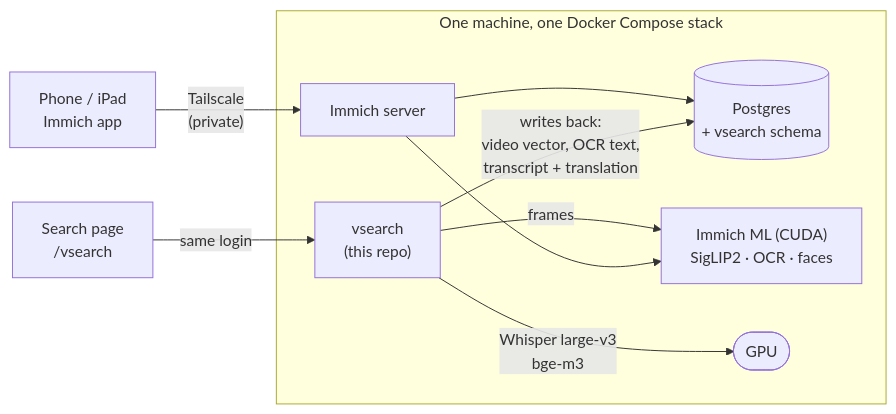
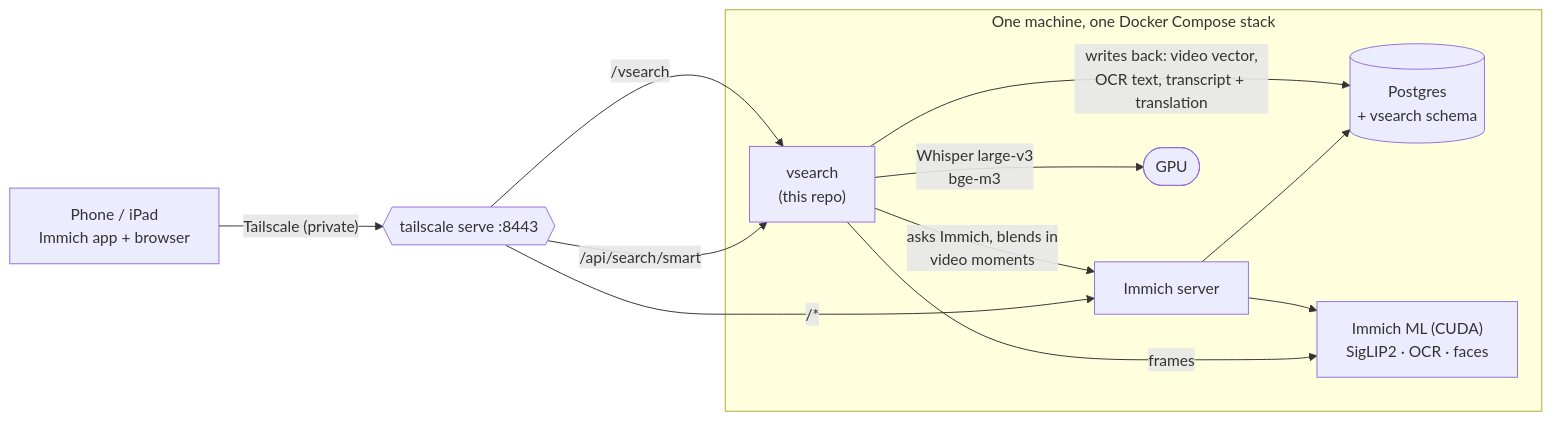
One commit to atharva80/kshan changed the diagram in README.md. Above: the diagram before and after it, drawn with Mermaid. The commit also changed other lines of this file and 14 other files, not shown here.

First line of the commit message:
Search inside videos from Immich's own search bar; phone-only pendrive uploads

````diff
--- a/README.md
+++ b/README.md
@@ -44,14 +45,17 @@
 ```mermaid
 flowchart LR
-    phone["Phone / iPad<br/>Immich app"] -- "Tailscale<br/>(private)" --> immich
+    phone["Phone / iPad<br/>Immich app + browser"] -- "Tailscale (private)" --> ts{{"tailscale serve :8443"}}
+    ts -- "/*" --> immich
+    ts -- "/api/search/smart" --> vs
+    ts -- "/vsearch" --> vs
     subgraph server["One machine, one Docker Compose stack"]
         immich["Immich server"] --> db[("Postgres<br/>+ vsearch schema")]
         ml["Immich ML (CUDA)<br/>SigLIP2 · OCR · faces"]
         vs["vsearch<br/>(this repo)"]
+        vs -- "asks Immich, blends in<br/>video moments" --> immich
         vs -- "frames" --> ml
         vs -- "Whisper large-v3<br/>bge-m3" --> gpu(["GPU"])
-        vs -- "writes back:<br/>video vector, OCR text,<br/>transcript + translation" --> db
+        vs -- "writes back: video vector,<br/>OCR text, transcript + translation" --> db
         immich --> ml
     end
-    browser["Search page<br/>/vsearch"] -- "same login" --> vs
 ```
````
